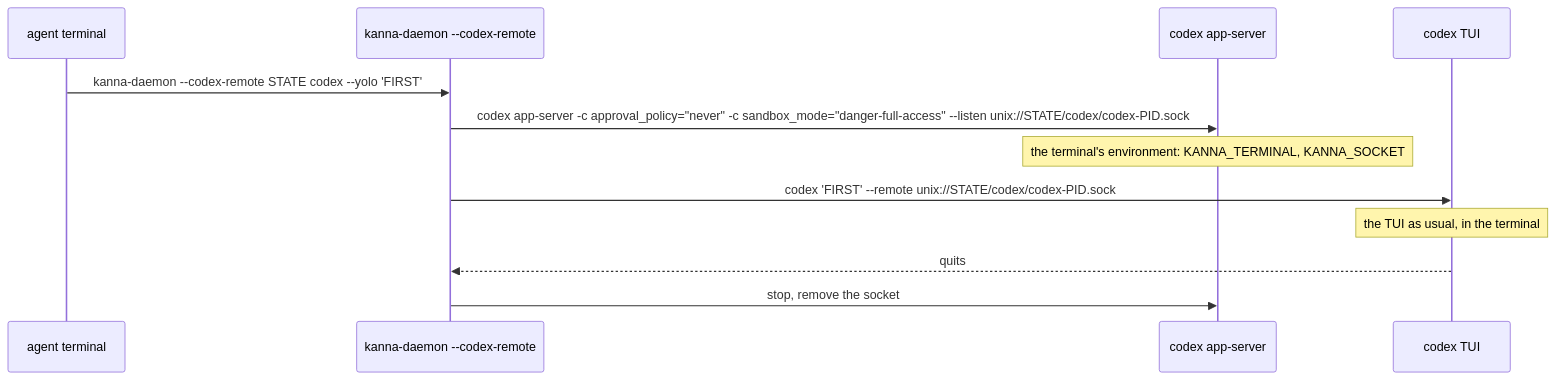
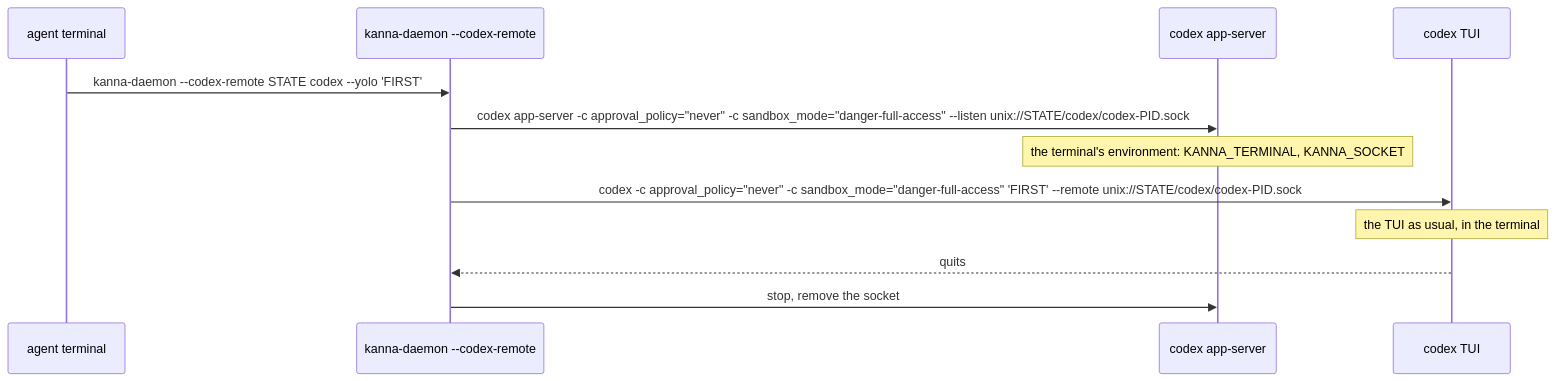
The diagram in docs/specs/codex-app-server.md (tampopogk/kanna), drawn with Mermaid before and after one commit. The commit also changed other lines of this file, not shown here.

Commit message:
codex-app-server spec: a new session's TUI gets --yolo's permissions, a resume keeps its own

````diff
--- a/docs/specs/codex-app-server.md
+++ b/docs/specs/codex-app-server.md
@@ -16,14 +16,14 @@
 ```mermaid
 sequenceDiagram
     participant T as agent terminal
     participant H as kanna-daemon --codex-remote
     participant S as codex app-server
     participant U as codex TUI
     T->>H: kanna-daemon --codex-remote STATE codex --yolo 'FIRST'
     H->>S: codex app-server -c approval_policy="never" -c sandbox_mode="danger-full-access" --listen unix://STATE/codex/codex-PID.sock
     Note over S: the terminal's environment: KANNA_TERMINAL, KANNA_SOCKET
-    H->>U: codex 'FIRST' --remote unix://STATE/codex/codex-PID.sock
+    H->>U: codex -c approval_policy="never" -c sandbox_mode="danger-full-access" 'FIRST' --remote unix://STATE/codex/codex-PID.sock
     Note over U: the TUI as usual, in the terminal
     U-->>H: quits
     H->>S: stop, remove the socket
 ```
````
